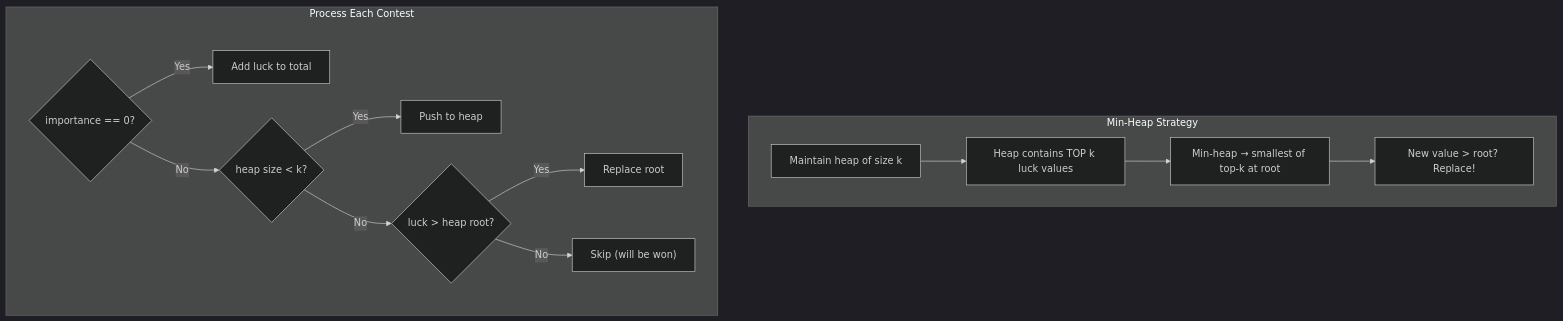
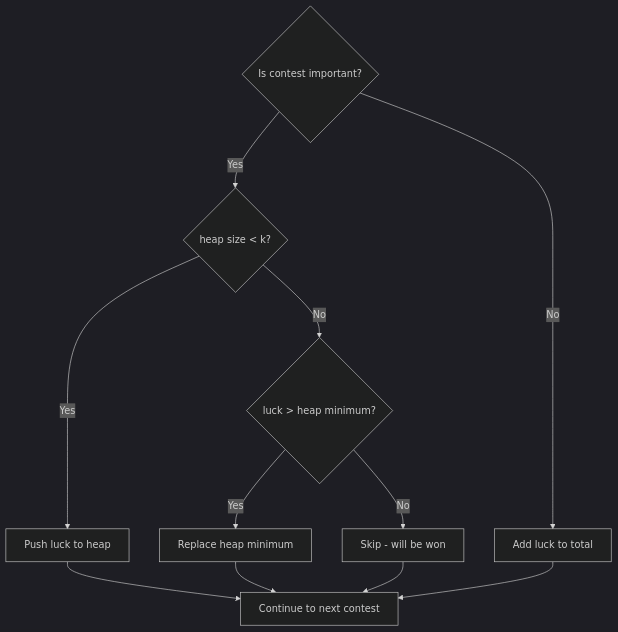
One commit to asanchezyali/hackerrank changed the diagram in python/interview_preparation_kit/greedy_algorithms/problem_1_Luck_Balance.md. Above: the diagram before and after it, drawn with Mermaid (dark theme). The commit also changed other lines of this file and 1 other file, not shown here.

````diff
--- a/python/interview_preparation_kit/greedy_algorithms/problem_1_Luck_Balance.md
+++ b/python/interview_preparation_kit/greedy_algorithms/problem_1_Luck_Balance.md
@@ -306,21 +96,14 @@
 ```mermaid
 flowchart TD
-    subgraph MinHeap["Min-Heap Strategy"]
-        A["Maintain heap of size k"]
-        B["Heap contains TOP k luck values"]
-        C["Min-heap → smallest of top-k at root"]
-        D["New value > root? Replace!"]
-    end
+    A{"Is contest important?"} -->|No| B["Add luck to total"]
+    A -->|Yes| C{"heap size < k?"}
+    C -->|Yes| D["Push luck to heap"]
+    C -->|No| E{"luck > heap minimum?"}
+    E -->|Yes| F["Replace heap minimum"]
+    E -->|No| G["Skip - will be won"]
 
-    subgraph Process["Process Each Contest"]
-        P1{"importance == 0?"}
-        P1 -->|Yes| P2["Add luck to total"]
-        P1 -->|No| P3{"heap size < k?"}
-        P3 -->|Yes| P4["Push to heap"]
-        P3 -->|No| P5{"luck > heap root?"}
-        P5 -->|Yes| P6["Replace root"]
-        P5 -->|No| P7["Skip (will be won)"]
-    end
-
-    A --> B --> C --> D
+    D --> H["Continue to next contest"]
+    F --> H
+    G --> H
+    B --> H
 ```
````
